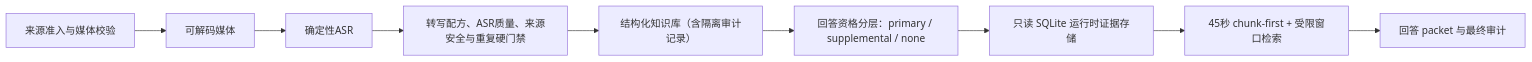
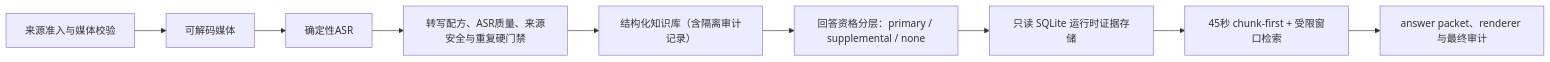
The second of 3 diagrams in README.md (MuyuanGuo/badminton-skills-coach), drawn with Mermaid before and after one commit. The commit also changed other lines of this file, not shown here.

```diff
--- a/README.md
+++ b/README.md
@@ -161,11 +61,11 @@
 ~~~mermaid
 flowchart LR
     B["来源准入与媒体校验"] --> C["可解码媒体"]
     C --> D["确定性ASR"]
     D --> P["转写配方、ASR质量、来源安全与重复硬门禁"]
     P --> E["结构化知识库（含隔离审计记录）"]
     E --> A["回答资格分层：primary / supplemental / none"]
     A --> S["只读 SQLite 运行时证据存储"]
     S --> F["45秒 chunk-first + 受限窗口检索"]
-    F --> R["回答 packet 与最终审计"]
+    F --> R["answer packet、renderer 与最终审计"]
 ~~~
```
